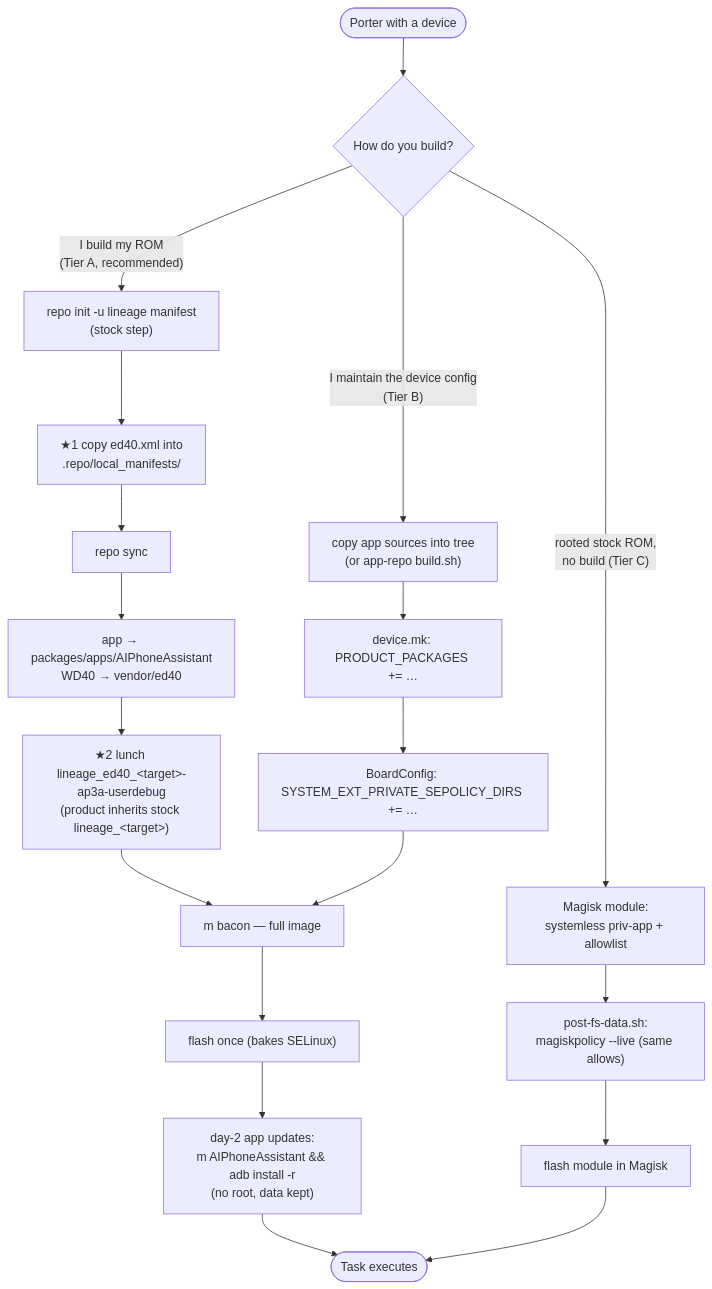
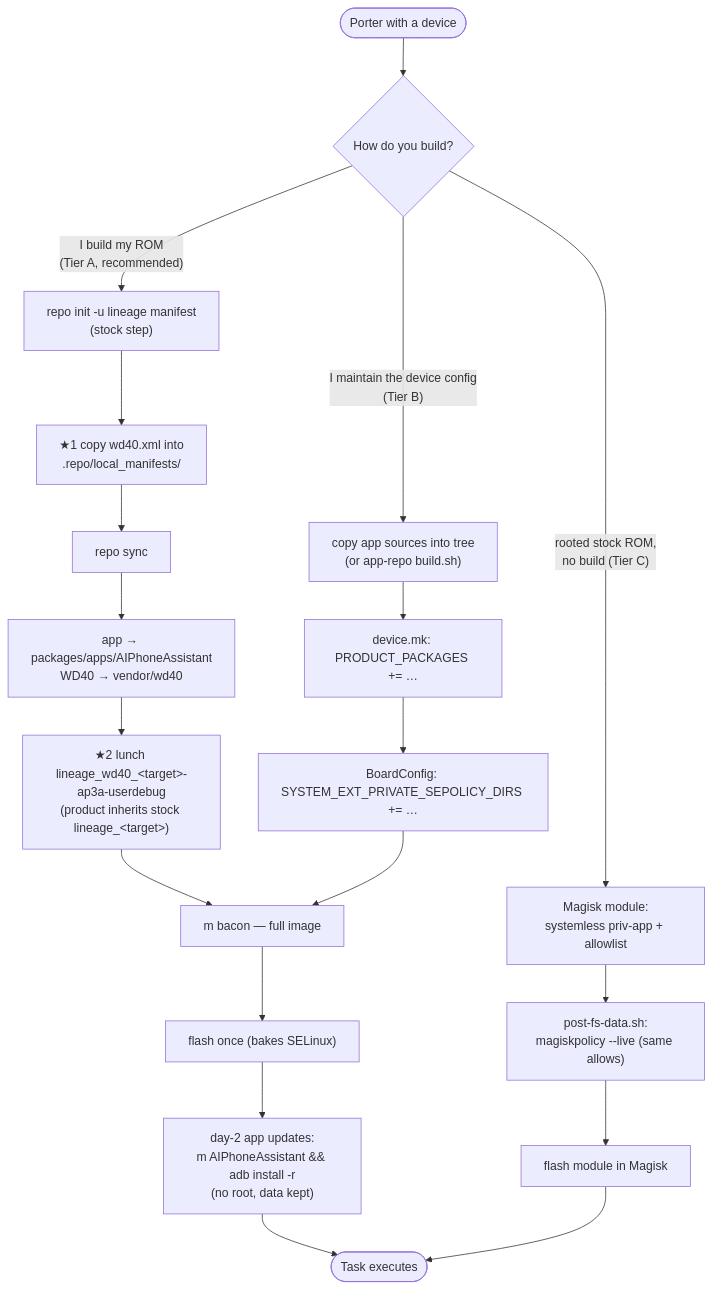
Before and after one commit to AgentVis-OS/WD40: the first of 3 diagrams in docs/architecture.md, drawn with Mermaid. The commit also changed other lines of this file and 8 other files, not shown here.

````diff
--- a/docs/architecture.md
+++ b/docs/architecture.md
@@ -10,25 +10,25 @@
 ```mermaid
 flowchart TD
     start(["Porter with a device"]) --> q{"How do you build?"}
 
     q -->|"I build my ROM<br/>(Tier A, recommended)"| a1["repo init -u lineage manifest<br/>(stock step)"]
-    a1 --> a2["★1 copy ed40.xml into<br/>.repo/local_manifests/"]
+    a1 --> a2["★1 copy wd40.xml into<br/>.repo/local_manifests/"]
     a2 --> a3["repo sync"]
-    a3 --> a4["app → packages/apps/AIPhoneAssistant<br/>WD40 → vendor/ed40"]
-    a4 --> a5["★2 lunch lineage_ed40_&lt;target&gt;-ap3a-userdebug<br/>(product inherits stock lineage_&lt;target&gt;)"]
+    a3 --> a4["app → packages/apps/AIPhoneAssistant<br/>WD40 → vendor/wd40"]
+    a4 --> a5["★2 lunch lineage_wd40_&lt;target&gt;-ap3a-userdebug<br/>(product inherits stock lineage_&lt;target&gt;)"]
     a5 --> a6["m bacon — full image"]
     a6 --> a7["flash once (bakes SELinux)"]
     a7 --> day2["day-2 app updates:<br/>m AIPhoneAssistant && adb install -r<br/>(no root, data kept)"]
 
     q -->|"I maintain the device config<br/>(Tier B)"| b1["copy app sources into tree<br/>(or app-repo build.sh)"]
     b1 --> b2["device.mk: PRODUCT_PACKAGES += …"]
     b2 --> b3["BoardConfig: SYSTEM_EXT_PRIVATE_SEPOLICY_DIRS += …"]
     b3 --> a6
 
     q -->|"rooted stock ROM,<br/>no build (Tier C)"| c1["Magisk module:<br/>systemless priv-app + allowlist"]
     c1 --> c2["post-fs-data.sh:<br/>magiskpolicy --live (same allows)"]
     c2 --> c3["flash module in Magisk"]
 
     day2 --> run(["Task executes"])
     c3 --> run
 ```
````
